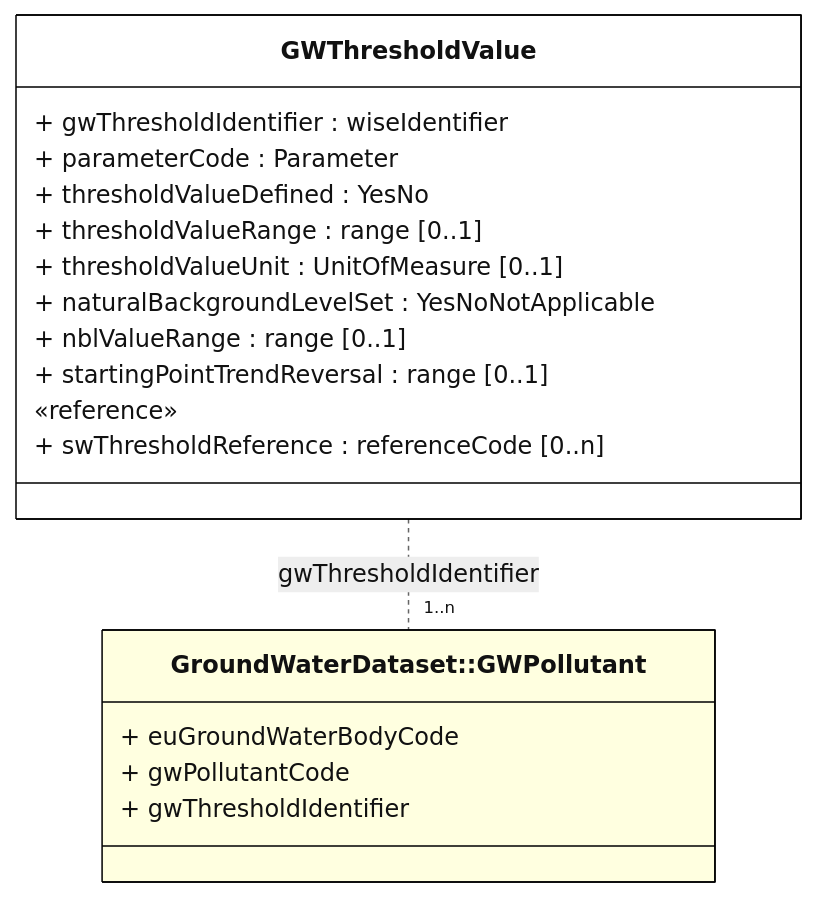
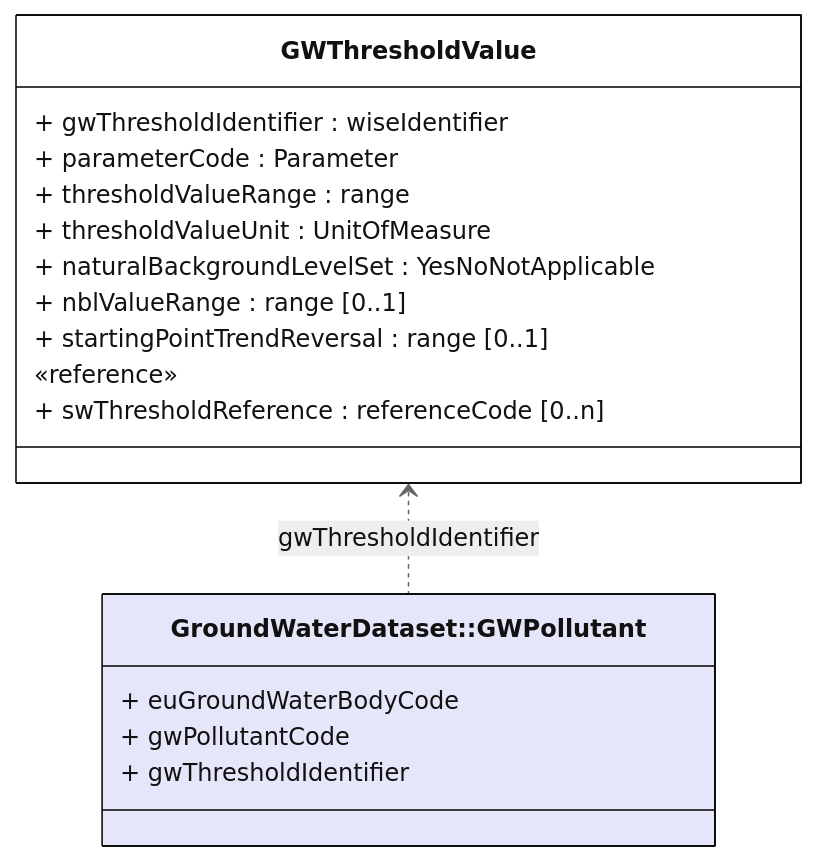
One commit to eeadata/WISE.WFD.Documentation changed the diagram in docs/DataModelReview/mmd/GroundwaterMethodologies_4thCycle_GWThresholdValue_ClassDiagram.mmd. Above: the diagram before and after it, drawn with Mermaid. The commit also changed 1 other file, not shown here.

```diff
--- a/docs/DataModelReview/mmd/GroundwaterMethodologies_4thCycle_GWThresholdValue_ClassDiagram.mmd
+++ b/docs/DataModelReview/mmd/GroundwaterMethodologies_4thCycle_GWThresholdValue_ClassDiagram.mmd
@@ -1,36 +1,35 @@
 ---
 config:
   class:
     hideEmptyMembersBox: true
   layout: dagre
   theme: neutral
   themeVariables:
     noteBkgColor: LightYellow
     noteTextColor: black 
 ---
 classDiagram
 class GWThresholdValue{
   + gwThresholdIdentifier : wiseIdentifier
   + parameterCode : Parameter
-  + thresholdValueDefined : YesNo
-  + thresholdValueRange : range [0..1]
-  + thresholdValueUnit : UnitOfMeasure [0..1]
+  + thresholdValueRange : range
+  + thresholdValueUnit : UnitOfMeasure
   + naturalBackgroundLevelSet : YesNoNotApplicable
   + nblValueRange : range  [0..1] 
 
   + startingPointTrendReversal : range [0..1]
   «reference»
   + swThresholdReference : referenceCode [0..n]
 }
 
 class GWPollutant ["GroundWaterDataset::GWPollutant"]:::otherDataset{
   + euGroundWaterBodyCode
   + gwPollutantCode
   + gwThresholdIdentifier
 }
 
-GWThresholdValue .. "1..n" GWPollutant : gwThresholdIdentifier
+GWThresholdValue <.. GWPollutant : gwThresholdIdentifier
 
 classDef default fill:white,stroke:#000;
-classDef otherDataset fill:lightyellow,stroke:#000;
+classDef otherDataset fill:lavender,stroke:#000;
 classDef forFixing fill:white,stroke:#f00;
```
